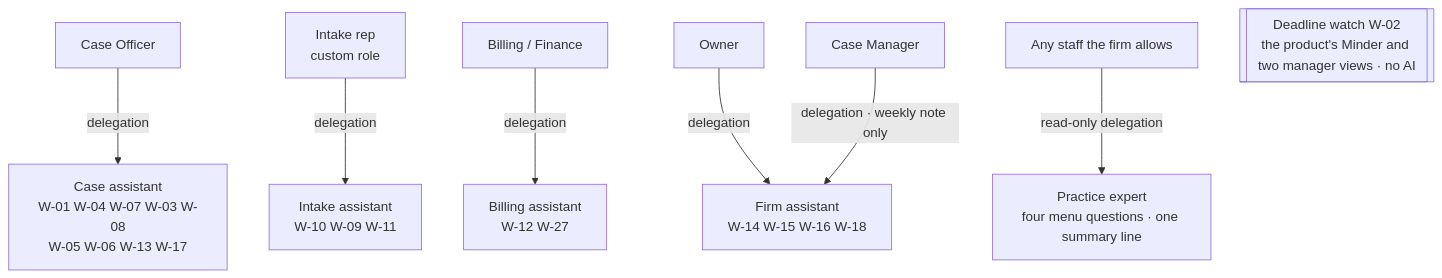
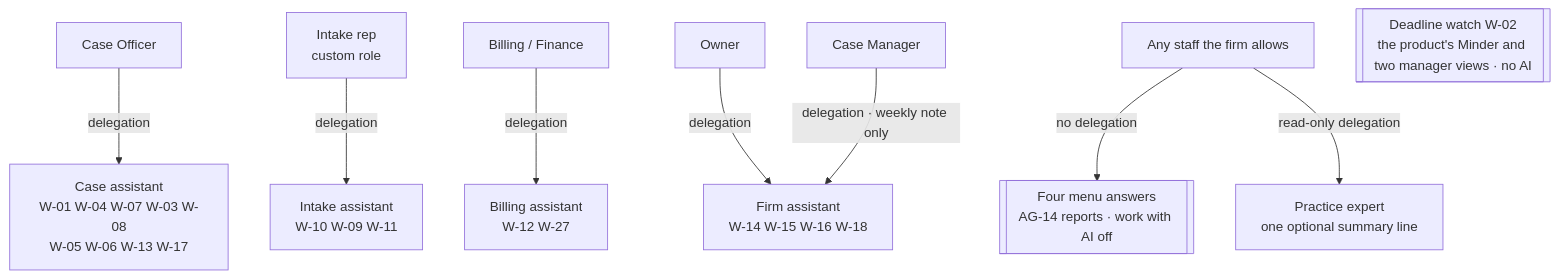
Before and after one commit to ranjan-expatready/xpatready: the second of 3 diagrams in ai-workers/requirements/AW-01-firm-ai-assistants_v0.1.md, drawn with Mermaid. The commit also changed other lines of this file and 27 other files, not shown here.

````diff
--- a/ai-workers/requirements/AW-01-firm-ai-assistants_v0.1.md
+++ b/ai-workers/requirements/AW-01-firm-ai-assistants_v0.1.md
@@ -80,10 +88,11 @@
 ```mermaid
 flowchart TB
     CO[Case Officer] -->|delegation| CA[Case assistant<br/>W-01 W-04 W-07 W-03 W-08<br/>W-05 W-06 W-13 W-17]
     IR[Intake rep<br/>custom role] -->|delegation| IA[Intake assistant<br/>W-10 W-09 W-11]
     BF[Billing / Finance] -->|delegation| BA[Billing assistant<br/>W-12 W-27]
     OW[Owner] -->|delegation| FA[Firm assistant<br/>W-14 W-15 W-16 W-18]
     CM[Case Manager] -->|delegation · weekly note only| FA
-    AS[Any staff the firm allows] -->|read-only delegation| PE[Practice expert<br/>four menu questions · one summary line]
+    AS[Any staff the firm allows] -->|no delegation| RA[[Four menu answers<br/>AG-14 reports · work with AI off]]
+    AS -->|read-only delegation| PE[Practice expert<br/>one optional summary line]
     MW[[Deadline watch W-02<br/>the product's Minder and two manager views · no AI]]
 ```
````
